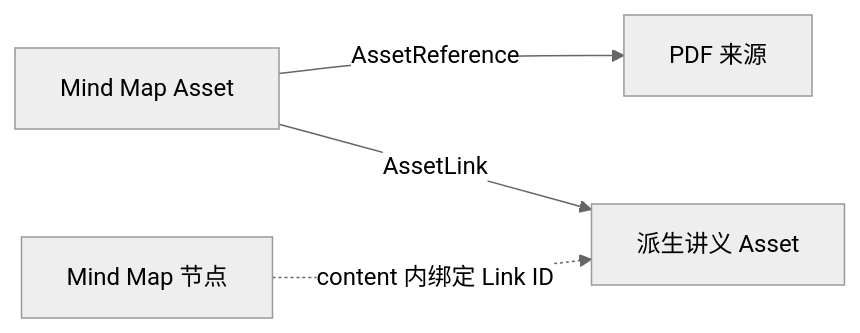
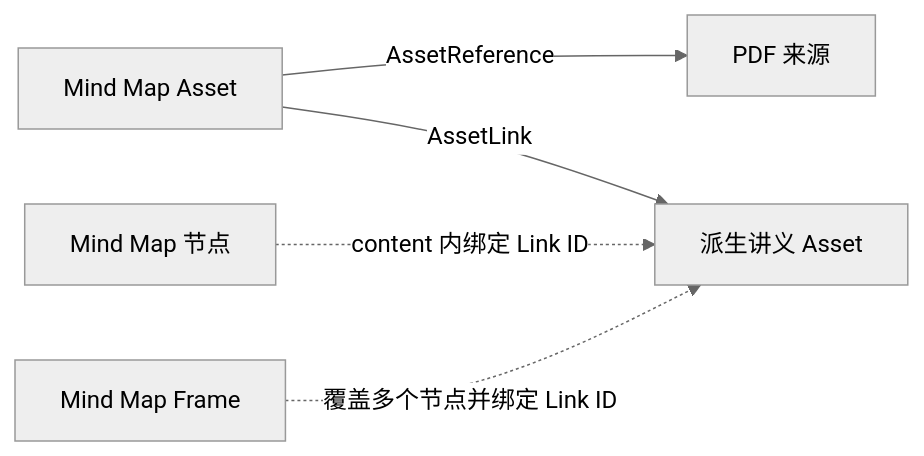
Before and after one commit to wu-tian807/learning-companion: the diagram in docs/superpowers/specs/2026-08-01-asset-link-mind-map-foundation-design.md, drawn with Mermaid (neutral theme). The commit also changed other lines of this file and 41 other files, not shown here.

Commit message:
功能：实现 Mind Map 工作台

````diff
--- a/docs/superpowers/specs/2026-08-01-asset-link-mind-map-foundation-design.md
+++ b/docs/superpowers/specs/2026-08-01-asset-link-mind-map-foundation-design.md
@@ -17,11 +17,13 @@
 ```mermaid
 flowchart LR
     PDF["PDF 来源"]
     MAP["Mind Map Asset"]
     NODE["Mind Map 节点"]
+    FRAME["Mind Map Frame"]
     LECTURE["派生讲义 Asset"]
 
     MAP -->|"AssetReference"| PDF
     MAP -->|"AssetLink"| LECTURE
     NODE -.->|"content 内绑定 Link ID"| LECTURE
+    FRAME -.->|"覆盖多个节点并绑定 Link ID"| LECTURE
 ```
````
